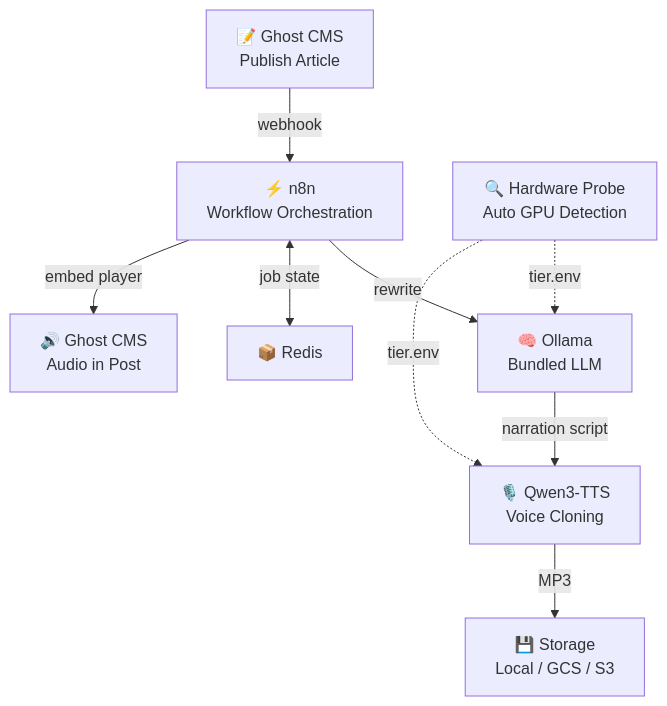
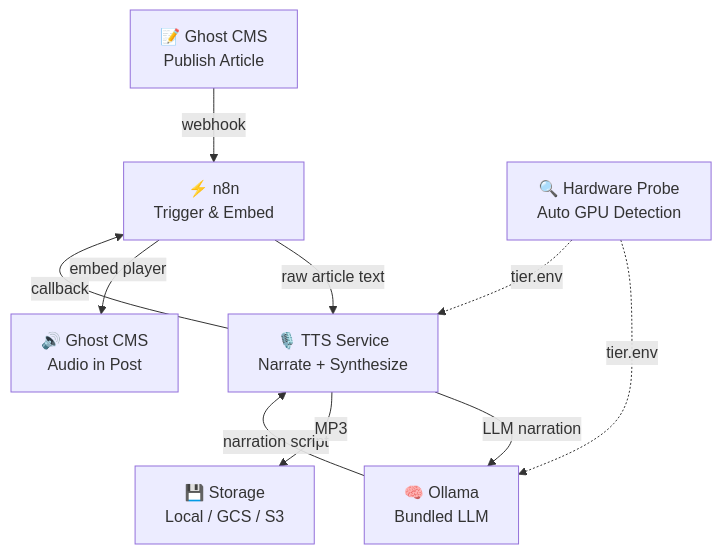
The diagram in README.md (getsimpledirect/ghost-narrator), drawn with Mermaid before and after one commit. The commit also changed other lines of this file and 6 other files, not shown here.

````diff
--- a/README.md
+++ b/README.md
@@ -68,11 +68,12 @@
 ```mermaid
 flowchart TD
-    A["📝 Ghost CMS<br>Publish Article"] -->|"webhook"| B["⚡ n8n<br>Workflow Orchestration"]
-    B -->|"rewrite"| C["🧠 Ollama<br>Bundled LLM"]
-    B <-->|"job state"| D["📦 Redis"]
-    C -->|"narration script"| E["🎙️ Qwen3-TTS<br>Voice Cloning"]
+    A["📝 Ghost CMS<br>Publish Article"] -->|"webhook"| B["⚡ n8n<br>Trigger & Embed"]
+    B -->|"raw article text"| E["🎙️ TTS Service<br>Narrate + Synthesize"]
+    E -->|"LLM narration"| C["🧠 Ollama<br>Bundled LLM"]
+    C -->|"narration script"| E
     E -->|"MP3"| F["💾 Storage<br>Local / GCS / S3"]
+    E -->|"callback"| B
     B -->|"embed player"| G["🔊 Ghost CMS<br>Audio in Post"]
     H["🔍 Hardware Probe<br>Auto GPU Detection"] -.->|"tier.env"| C
     H -.->|"tier.env"| E
 ```
````
